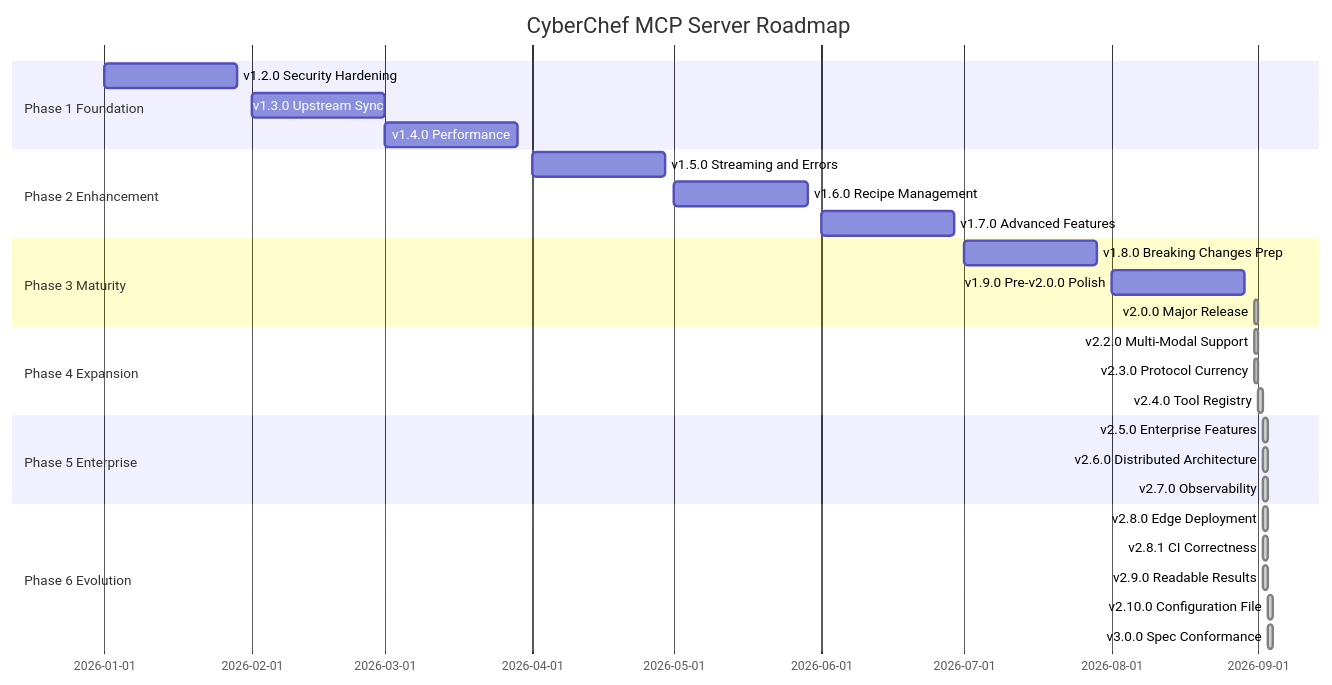
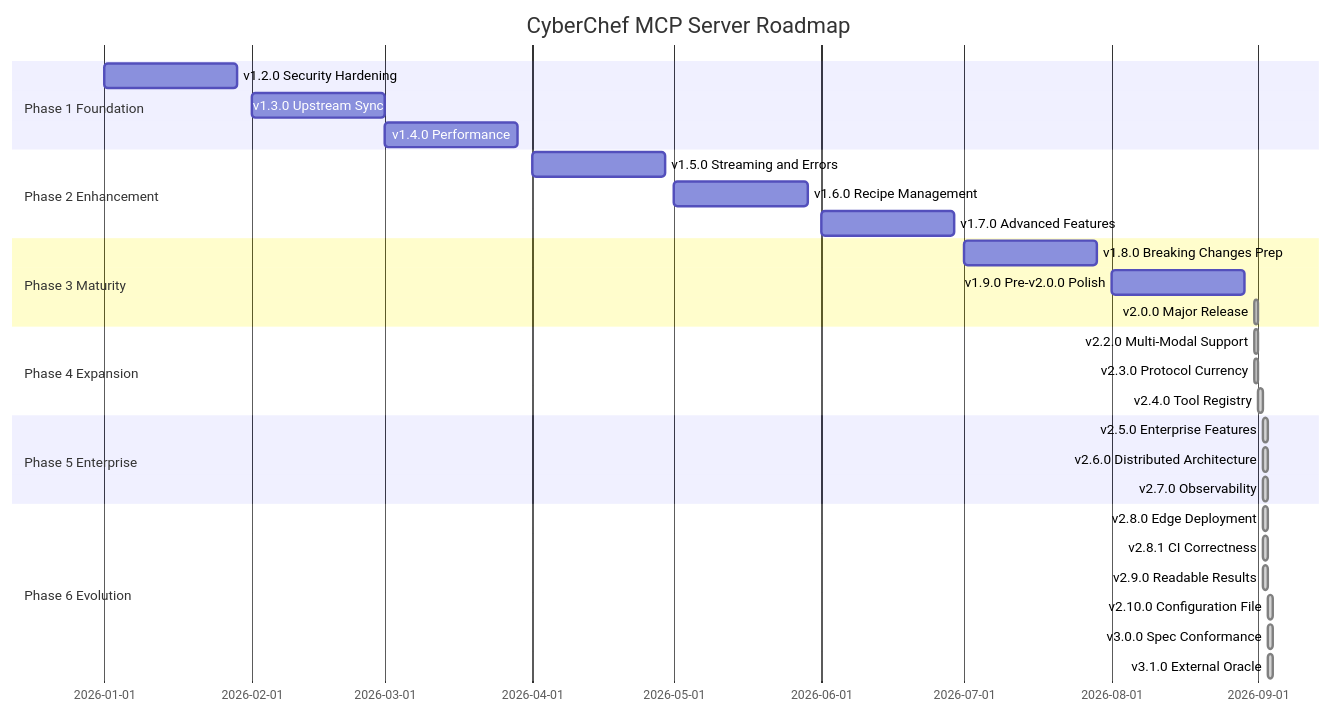
One commit to doublegate/CyberChef-MCP changed the diagram in docs/planning/ROADMAP.md. Above: the diagram before and after it, drawn with Mermaid. The commit also changed other lines of this file and 3 other files, not shown here.

First line of the commit message:
docs(planning): v3.2.0 absorbs the debt, and the supply-chain charter's trigger fired

````diff
--- a/docs/planning/ROADMAP.md
+++ b/docs/planning/ROADMAP.md
@@ -67,31 +67,32 @@
 ```mermaid
 gantt
     title CyberChef MCP Server Roadmap
     dateFormat YYYY-MM-DD
     section Phase 1 Foundation
     v1.2.0 Security Hardening           :2026-01-01, 4w
     v1.3.0 Upstream Sync                :2026-02-01, 4w
     v1.4.0 Performance                  :2026-03-01, 4w
     section Phase 2 Enhancement
     v1.5.0 Streaming and Errors         :2026-04-01, 4w
     v1.6.0 Recipe Management            :2026-05-01, 4w
     v1.7.0 Advanced Features            :2026-06-01, 4w
     section Phase 3 Maturity
     v1.8.0 Breaking Changes Prep        :2026-07-01, 4w
     v1.9.0 Pre-v2.0.0 Polish            :2026-08-01, 4w
     v2.0.0 Major Release                :done, 2026-08-31, 1d
     section Phase 4 Expansion
     v2.2.0 Multi-Modal Support          :done, 2026-08-31, 1d
     v2.3.0 Protocol Currency            :done, 2026-08-31, 1d
     v2.4.0 Tool Registry                :done, 2026-09-01, 1d
     section Phase 5 Enterprise
     v2.5.0 Enterprise Features          :done, 2026-09-02, 1d
     v2.6.0 Distributed Architecture     :done, 2026-09-02, 1d
     v2.7.0 Observability                :done, 2026-09-02, 1d
     section Phase 6 Evolution
     v2.8.0 Edge Deployment              :done, 2026-09-02, 1d
     v2.8.1 CI Correctness               :done, 2026-09-02, 1d
     v2.9.0 Readable Results             :done, 2026-09-02, 1d
     v2.10.0 Configuration File          :done, 2026-09-03, 1d
     v3.0.0 Spec Conformance             :done, 2026-09-03, 1d
+    v3.1.0 External Oracle              :done, 2026-09-03, 1d
 ```
````
